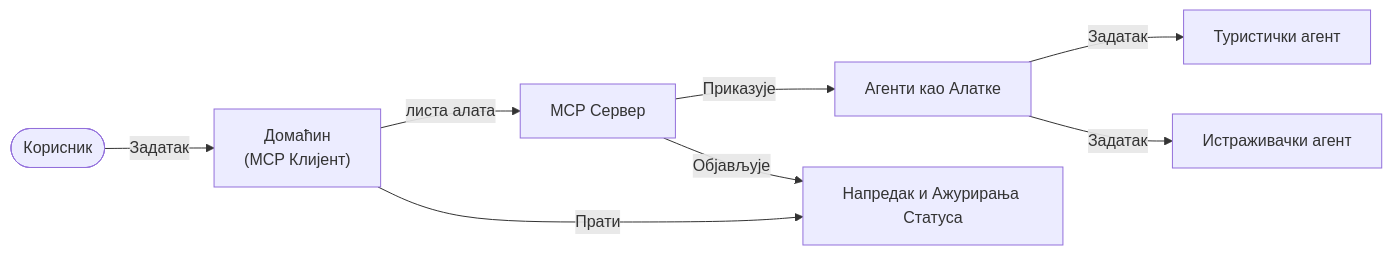
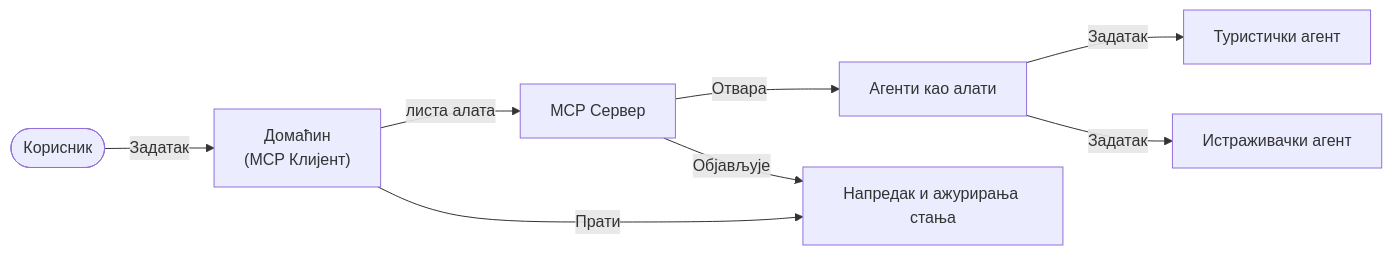
The fifth of 5 diagrams in mirrors/repos/microsoft@ai-agents-for-beginners/translations/sr/11-agentic-protocols/code_samples/mcp-agents/README.md (gabrielmoreira/agent-skills-mirror), drawn with Mermaid before and after one commit. The commit also changed other lines of this file and 4262 other files, not shown here.

````diff
--- a/mirrors/repos/microsoft@ai-agents-for-beginners/translations/sr/11-agentic-protocols/code_samples/mcp-agents/README.md
+++ b/mirrors/repos/microsoft@ai-agents-for-beginners/translations/sr/11-agentic-protocols/code_samples/mcp-agents/README.md
@@ -433,15 +448,15 @@
 ```mermaid
 graph LR
     User([Корисник]) -->|"Задатак"| Host["Домаћин<br/>(MCP Клијент)"]
     Host -->|листа алата| Server[MCP Сервер]
-    Server -->|Приказује| AgentsTools[Агенти као Алатке]
+    Server -->|Отвара| AgentsTools[Агенти као алати]
     AgentsTools -->|Задатак| AgentA[Туристички агент]
     AgentsTools -->|Задатак| AgentB[Истраживачки агент]
 
-    Host -->|Прати| StateUpdates[Напредак и Ажурирања Статуса]
+    Host -->|Прати| StateUpdates[Напредак и ажурирања стања]
     Server -->|Објављује| StateUpdates
 
     class User user;
     class AgentA,AgentB agent;
     class Host,Server,StateUpdates core;
 ```
````
